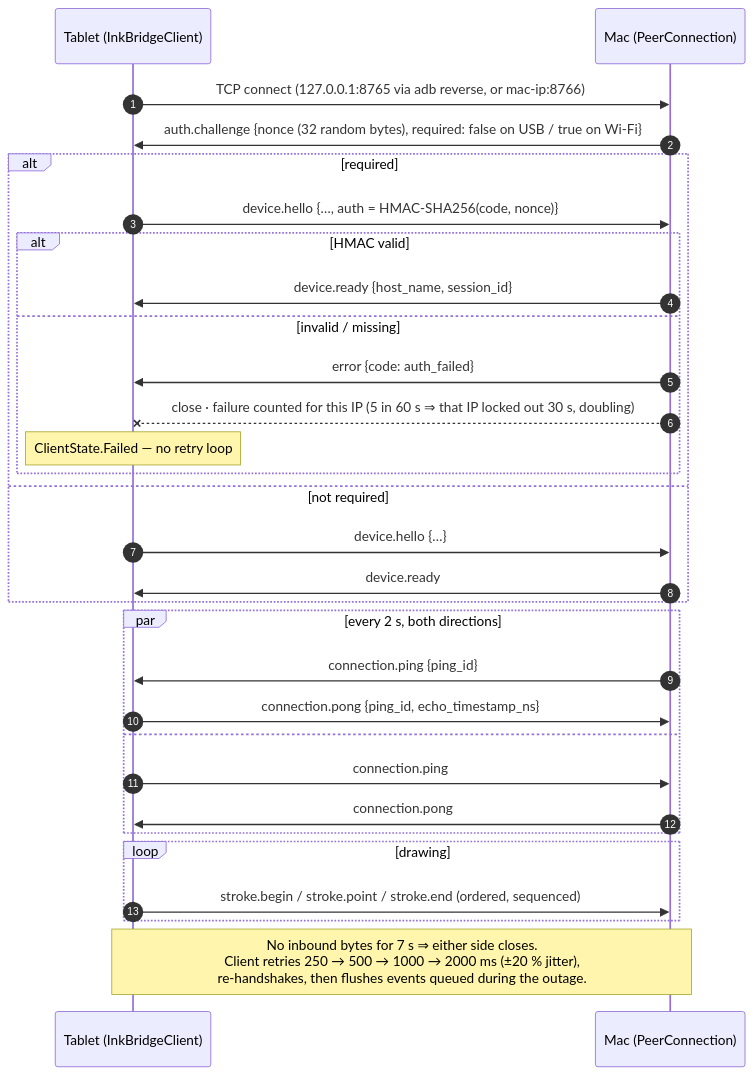
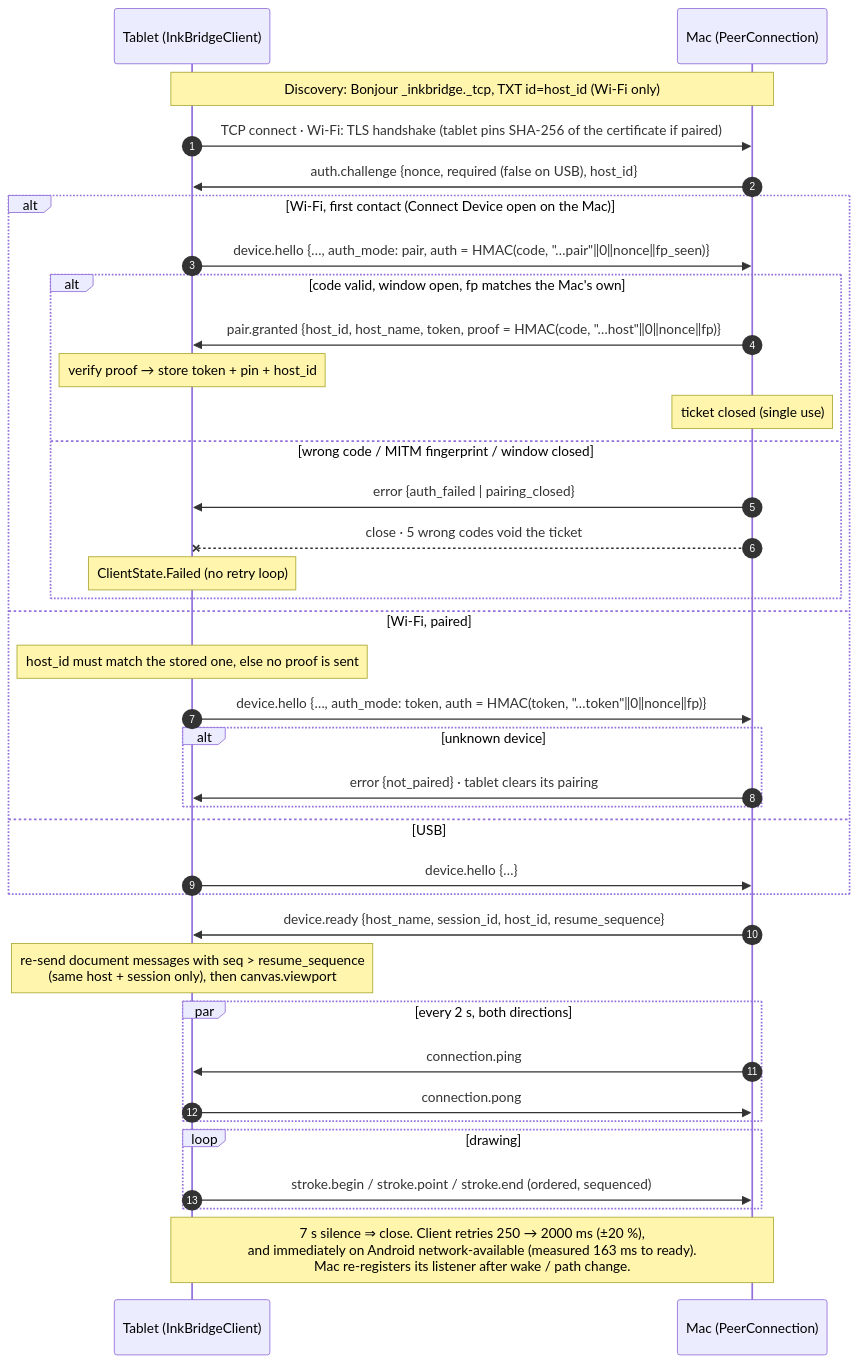
Before and after one commit to armineyvazi/inkbridge: the diagram in docs/diagrams/connection-flow.mmd, drawn with Mermaid. The commit also changed 140 other files, not shown here.

First line of the commit message:
Wireless-first InkBridge: TLS pairing (protocol v3) and e-ink Android redesign

```diff
--- a/docs/diagrams/connection-flow.mmd
+++ b/docs/diagrams/connection-flow.mmd
@@ -1,35 +1,42 @@
-%% Connection lifecycle shared by USB (loopback) and Wi-Fi (LAN) transports.
+%% Connection lifecycle (protocol v3). USB: plain TCP on 127.0.0.1:8765 via adb reverse, no proof.
+%% Wi-Fi: TLS on mac-ip:8766 with the Mac's self-signed certificate, pinned by the tablet.
 sequenceDiagram
   autonumber
   participant T as Tablet (InkBridgeClient)
   participant H as Mac (PeerConnection)
 
-  T->>H: TCP connect (127.0.0.1:8765 via adb reverse, or mac-ip:8766)
-  H->>T: auth.challenge {nonce (32 random bytes), required: false on USB / true on Wi-Fi}
-  alt required
-    T->>H: device.hello {…, auth = HMAC-SHA256(code, nonce)}
-    alt HMAC valid
-      H->>T: device.ready {host_name, session_id}
-    else invalid / missing
-      H->>T: error {code: auth_failed}
-      H--xT: close · failure counted for this IP (5 in 60 s ⇒ that IP locked out 30 s, doubling)
-      Note over T: ClientState.Failed — no retry loop
+  Note over T,H: Discovery: Bonjour _inkbridge._tcp, TXT id=host_id (Wi-Fi only)
+  T->>H: TCP connect · Wi-Fi: TLS handshake (tablet pins SHA-256 of the certificate if paired)
+  H->>T: auth.challenge {nonce, required (false on USB), host_id}
+  alt Wi-Fi, first contact (Connect Device open on the Mac)
+    T->>H: device.hello {…, auth_mode: pair, auth = HMAC(code, "…pair"‖0‖nonce‖fp_seen)}
+    alt code valid, window open, fp matches the Mac's own
+      H->>T: pair.granted {host_id, host_name, token, proof = HMAC(code, "…host"‖0‖nonce‖fp)}
+      Note over T: verify proof → store token + pin + host_id
+      Note over H: ticket closed (single use)
+    else wrong code / MITM fingerprint / window closed
+      H->>T: error {auth_failed | pairing_closed}
+      H--xT: close · 5 wrong codes void the ticket
+      Note over T: ClientState.Failed (no retry loop)
     end
-  else not required
+  else Wi-Fi, paired
+    Note over T: host_id must match the stored one, else no proof is sent
+    T->>H: device.hello {…, auth_mode: token, auth = HMAC(token, "…token"‖0‖nonce‖fp)}
+    alt unknown device
+      H->>T: error {not_paired} · tablet clears its pairing
+    end
+  else USB
     T->>H: device.hello {…}
-    H->>T: device.ready
   end
+  H->>T: device.ready {host_name, session_id, host_id, resume_sequence}
+  Note over T: re-send document messages with seq > resume_sequence<br/>(same host + session only), then canvas.viewport
 
   par every 2 s, both directions
-    H->>T: connection.ping {ping_id}
-    T->>H: connection.pong {ping_id, echo_timestamp_ns}
-  and
-    T->>H: connection.ping
-    H->>T: connection.pong
+    H->>T: connection.ping
+    T->>H: connection.pong
   end
-
   loop drawing
     T->>H: stroke.begin / stroke.point / stroke.end (ordered, sequenced)
   end
 
-  Note over T,H: No inbound bytes for 7 s ⇒ either side closes.<br/>Client retries 250 → 500 → 1000 → 2000 ms (±20 % jitter),<br/>re-handshakes, then flushes events queued during the outage.
+  Note over T,H: 7 s silence ⇒ close. Client retries 250 → 2000 ms (±20 %),<br/>and immediately on Android network-available (measured 163 ms to ready).<br/>Mac re-registers its listener after wake / path change.
```
